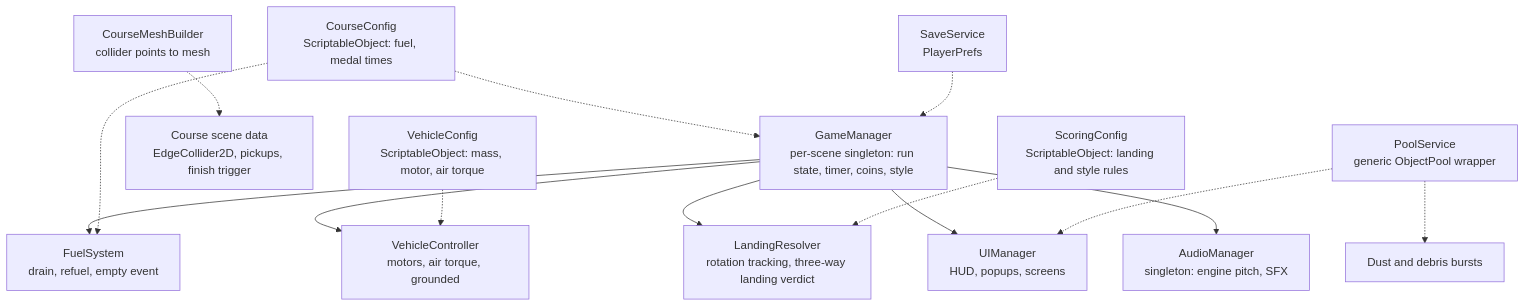
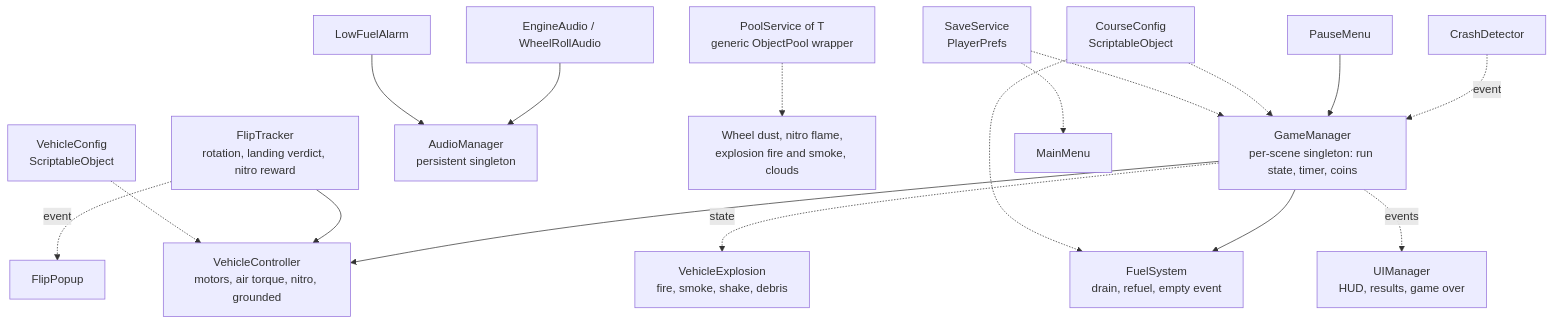
The second of 2 diagrams in Docs/GDD.md (KobiSima-1/Hill-Races), drawn with Mermaid before and after one commit. The commit also changed other lines of this file and 4 other files, not shown here.

````diff
--- a/Docs/GDD.md
+++ b/Docs/GDD.md
@@ -206,16 +217,20 @@
 ```mermaid
 graph TD
-    GM[GameManager<br/>per-scene singleton: run state, timer, coins, style] --> V[VehicleController<br/>motors, air torque, grounded]
+    GM[GameManager<br/>per-scene singleton: run state, timer, coins] --> V[VehicleController<br/>motors, air torque, nitro, grounded]
     GM --> F[FuelSystem<br/>drain, refuel, empty event]
-    GM --> LR[LandingResolver<br/>rotation tracking, three-way landing verdict]
-    GM --> UI[UIManager<br/>HUD, popups, screens]
-    GM --> AM[AudioManager<br/>singleton: engine pitch, SFX]
-    CMB[CourseMeshBuilder<br/>collider points to mesh] -.-> COURSE[Course scene data<br/>EdgeCollider2D, pickups, finish trigger]
-    POOL[PoolService<br/>generic ObjectPool wrapper] -.-> VFX[Dust and debris bursts]
-    POOL -.-> UI
-    VC[VehicleConfig<br/>ScriptableObject: mass, motor, air torque] -.-> V
-    CC[CourseConfig<br/>ScriptableObject: fuel, medal times] -.-> F
+    FT[FlipTracker<br/>rotation, landing verdict, nitro reward] --> V
+    FT -.event.-> FP[FlipPopup]
+    CD[CrashDetector] -.event.-> GM
+    GM -.state.-> VE[VehicleExplosion<br/>fire, smoke, shake, debris]
+    GM -.events.-> UI[UIManager<br/>HUD, results, game over]
+    PM[PauseMenu] --> GM
+    AM[AudioManager<br/>persistent singleton] 
+    EA[EngineAudio / WheelRollAudio] --> AM
+    LFA[LowFuelAlarm] --> AM
+    POOL[PoolService of T<br/>generic ObjectPool wrapper] -.-> DUST[Wheel dust, nitro flame,<br/>explosion fire and smoke, clouds]
+    VC[VehicleConfig<br/>ScriptableObject] -.-> V
+    CC[CourseConfig<br/>ScriptableObject] -.-> F
     CC -.-> GM
-    SC[ScoringConfig<br/>ScriptableObject: landing and style rules] -.-> LR
     SAVE[SaveService<br/>PlayerPrefs] -.-> GM
+    SAVE -.-> MM[MainMenu]
 ```
````
